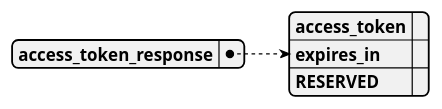
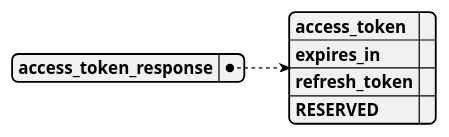
One commit to SmartCityProjectGroup/SmartCity changed the seventh of 8 diagrams in Auth/index.md. Above: the diagram before and after it, drawn with PlantUML. The commit also changed other lines of this file, not shown here.

Commit message:
added auth, token api endpoint specs

````diff
--- a/Auth/index.md
+++ b/Auth/index.md
@@ -358,11 +376,12 @@
 ```plantuml 
 @startjson
 {
     "access_token_response" :  
     {
             "access_token": "",
             "expires_in": "",
+            "refresh_token" :  "", 
             "RESERVED": ""
     }
 }
 ```
````
